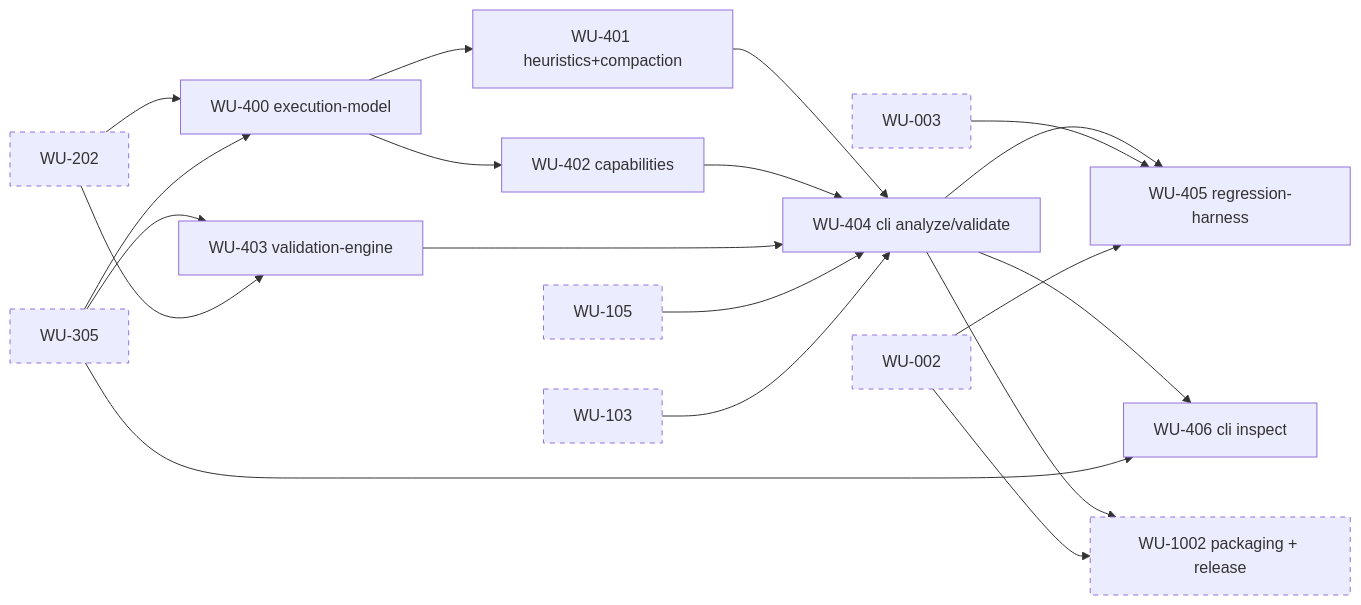
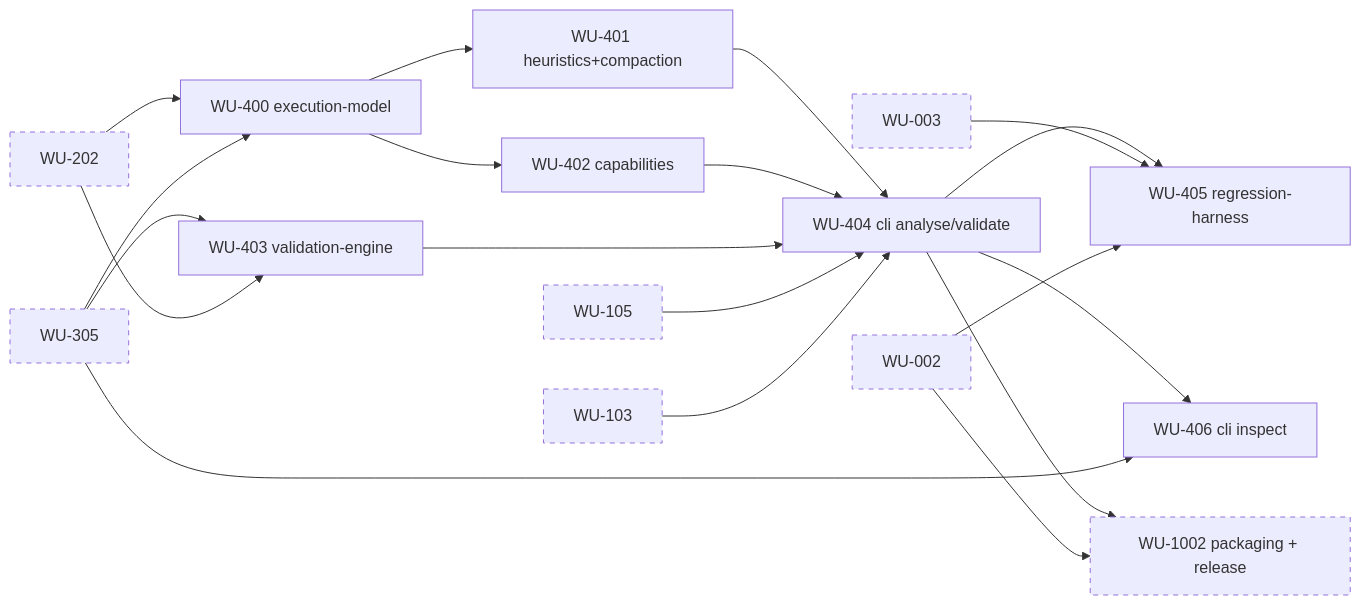
Before and after one commit to kjbartel/DotNetTailor: the fifth of 11 diagrams in Docs/Plans/Tailor.plan.md, drawn with Mermaid. The commit also changed other lines of this file and 67 other files, not shown here.

````diff
--- a/Docs/Plans/Tailor.plan.md
+++ b/Docs/Plans/Tailor.plan.md
@@ -191,11 +191,11 @@
 ```mermaid
 flowchart LR
   WU202[WU-202]:::ext & WU305[WU-305]:::ext --> WU400[WU-400 execution-model]
   WU400 --> WU401[WU-401 heuristics+compaction] & WU402[WU-402 capabilities]
   WU305 & WU202 --> WU403[WU-403 validation-engine]
-  WU401 & WU402 & WU403 & WU105[WU-105]:::ext & WU103[WU-103]:::ext --> WU404[WU-404 cli analyze/validate]
+  WU401 & WU402 & WU403 & WU105[WU-105]:::ext & WU103[WU-103]:::ext --> WU404[WU-404 cli analyse/validate]
   WU404 & WU003[WU-003]:::ext & WU002[WU-002]:::ext --> WU405[WU-405 regression-harness]
   WU404 & WU305 --> WU406[WU-406 cli inspect]
   WU404 & WU002 --> WU1002[WU-1002 packaging + release]:::ext
   classDef ext stroke-dasharray: 5 5
 ```
````
